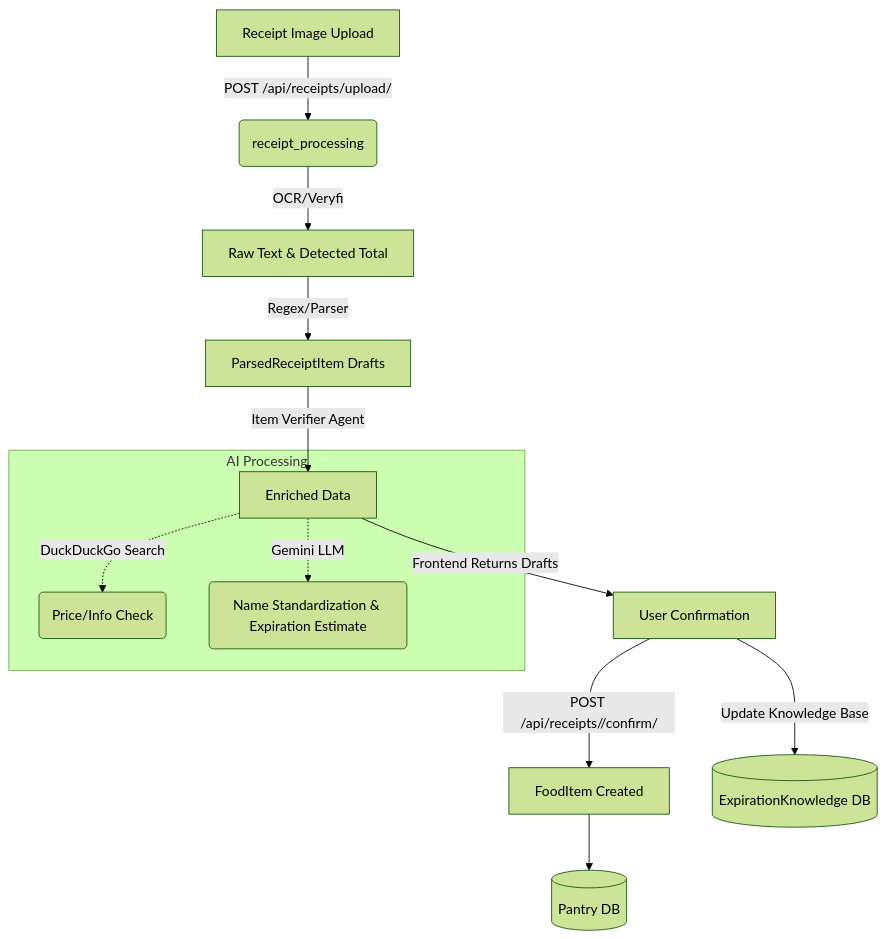
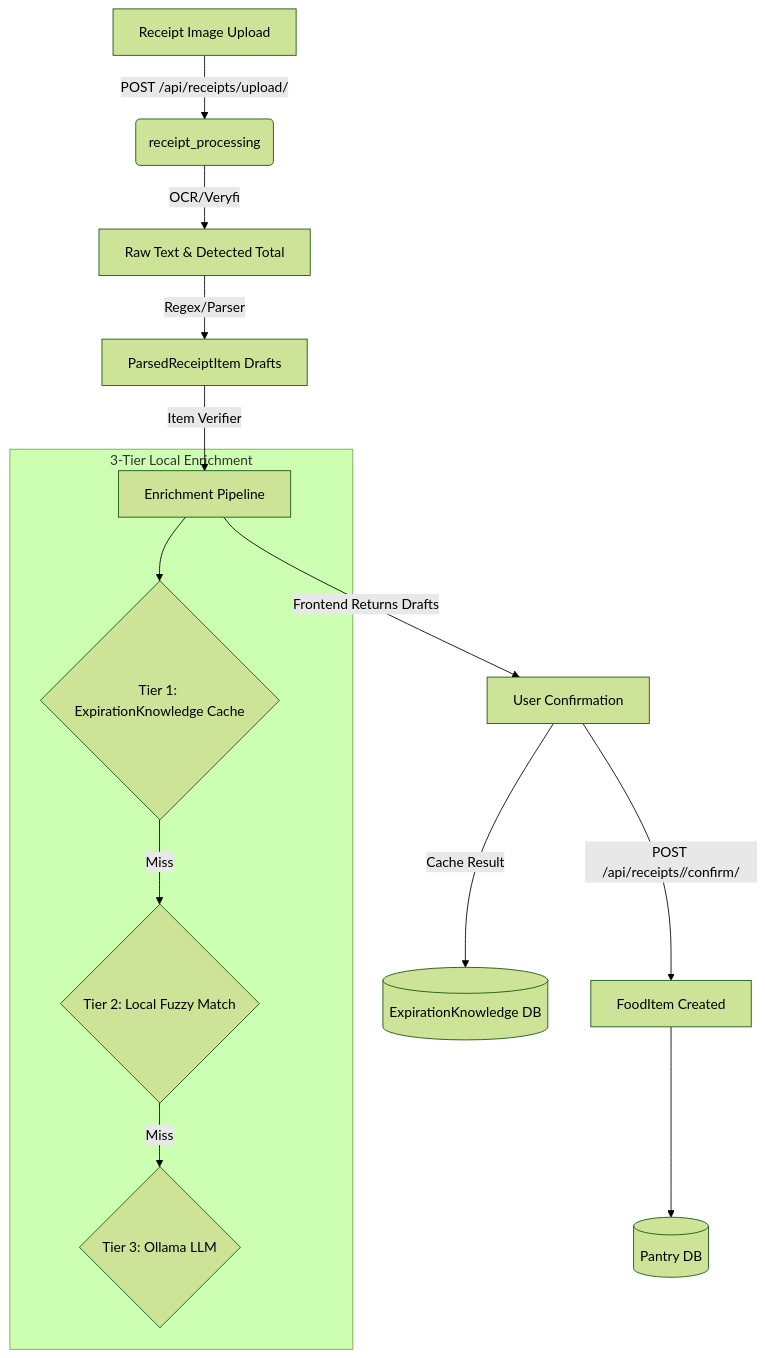
The first of 4 diagrams in docs/data_pipelines.md (sinaghadimi9081/LaHacks2026), drawn with Mermaid (forest theme) before and after one commit. The commit also changed other lines of this file and 12 other files, not shown here.

Commit message:
updated notification system to send emails to people, changed gemini backed model to use a fuzzy+engine/ollama gemma based model based on what items are in the database

````diff
--- a/docs/data_pipelines.md
+++ b/docs/data_pipelines.md
@@ -9,17 +9,18 @@
 ```mermaid
 graph TD
     A[Receipt Image Upload] -->|POST /api/receipts/upload/| B(receipt_processing)
     B -->|OCR/Veryfi| C[Raw Text & Detected Total]
     C -->|Regex/Parser| D[ParsedReceiptItem Drafts]
-    D -->|Item Verifier Agent| E[Enriched Data]
-    
-    subgraph AI Processing
-        E -.->|DuckDuckGo Search| F(Price/Info Check)
-        E -.->|Gemini LLM| G(Name Standardization & Expiration Estimate)
+    D -->|Item Verifier| E[Enrichment Pipeline]
+
+    subgraph "3-Tier Local Enrichment"
+        E --> F{Tier 1: ExpirationKnowledge Cache}
+        F -->|Miss| G{Tier 2: Local Fuzzy Match}
+        G -->|Miss| H{Tier 3: Ollama LLM}
     end
-    
-    E -->|Frontend Returns Drafts| H[User Confirmation]
-    H -->|POST /api/receipts/<id>/confirm/| I[FoodItem Created]
-    I --> J[(Pantry DB)]
-    H -->|Update Knowledge Base| K[(ExpirationKnowledge DB)]
+
+    E -->|Frontend Returns Drafts| I[User Confirmation]
+    I -->|POST /api/receipts/<id>/confirm/| J[FoodItem Created]
+    J --> K[(Pantry DB)]
+    I -->|Cache Result| L[(ExpirationKnowledge DB)]
 ```
````
